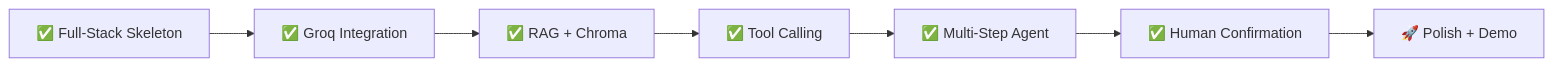
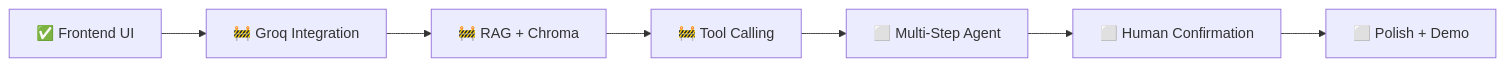
The seventh of 7 diagrams in README.md (varunaditya27/campus-copilot), drawn with Mermaid before and after one commit. The commit also changed other lines of this file and 1 other file, not shown here.

First line of the commit message:
docs: write frontend README and bring root README up to date

````diff
--- a/README.md
+++ b/README.md
@@ -492,9 +503,9 @@
 ```mermaid
 flowchart LR
-    A[✅ Full-Stack Skeleton] --> B[✅ Groq Integration]
-    B --> C[✅ RAG + Chroma]
-    C --> D[✅ Tool Calling]
-    D --> E[✅ Multi-Step Agent]
-    E --> F[✅ Human Confirmation]
-    F --> G[🚀 Polish + Demo]
+    A[✅ Frontend UI] --> B[🚧 Groq Integration]
+    B --> C[🚧 RAG + Chroma]
+    C --> D[🚧 Tool Calling]
+    D --> E[⬜ Multi-Step Agent]
+    E --> F[⬜ Human Confirmation]
+    F --> G[⬜ Polish + Demo]
 ```
````
